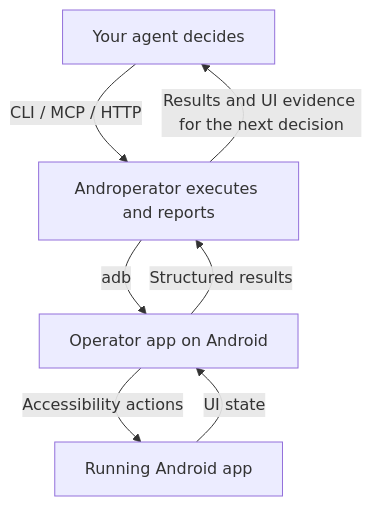
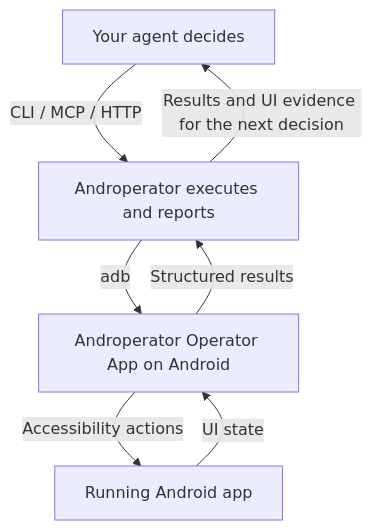
One commit to androperator/androperator changed the third of 3 diagrams in README.md. Above: the diagram before and after it, drawn with Mermaid. The commit also changed other lines of this file and 17 other files, not shown here.

Commit message:
docs: standardize Androperator Operator App terminology

````diff
--- a/README.md
+++ b/README.md
@@ -101,11 +101,11 @@
 ```mermaid
 flowchart TB
     accTitle: Decide, execute, report, repeat
-    accDescr: The agent decides what to do and calls Androperator through the CLI, MCP server, or HTTP API. Androperator uses adb and the Android Operator to execute commands and report results and UI evidence for the next decision.
+    accDescr: The agent decides what to do and calls Androperator through the CLI, MCP server, or HTTP API. Androperator uses adb and the Androperator Operator App to execute commands and report results and UI evidence for the next decision.
     A[Your agent decides] -->|CLI / MCP / HTTP| B[Androperator executes and reports]
-    B -->|adb| C[Operator app on Android]
+    B -->|adb| C[Androperator Operator App on Android]
     C -->|Accessibility actions| D[Running Android app]
     D -->|UI state| C
     C -->|Structured results| B
     B -->|Results and UI evidence for the next decision| A
 ```
````
